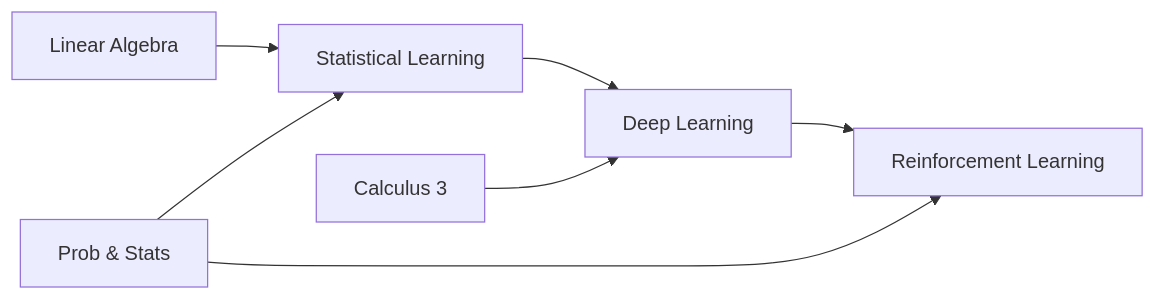
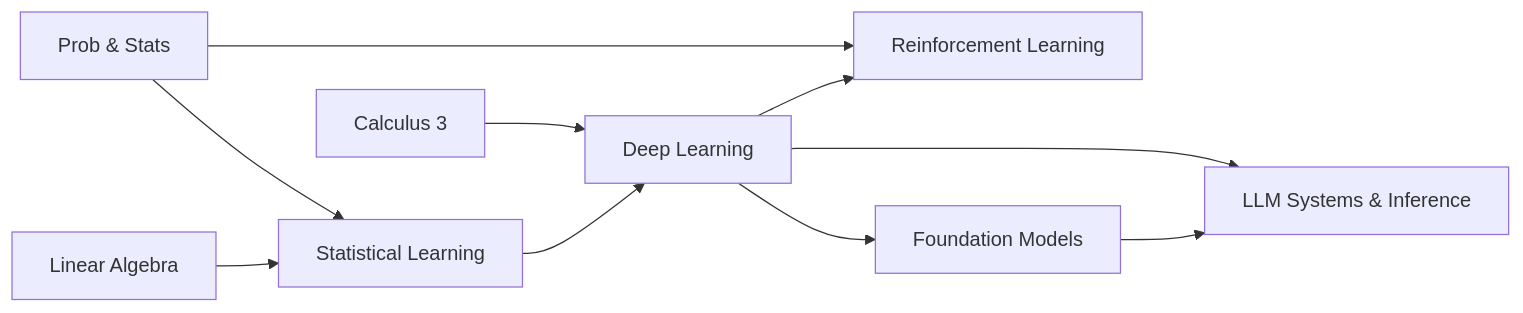
One commit to urmzd/supersource changed the diagram in ml/README.md. Above: the diagram before and after it, drawn with Mermaid. The commit also changed other lines of this file and 19 other files, not shown here.

First line of the commit message:
docs: add data engineering track and LLM systems & inference topic (#4)

````diff
--- a/ml/README.md
+++ b/ml/README.md
@@ -9,9 +9,12 @@
 ```mermaid
 graph LR
     LA[Linear Algebra] --> SL[Statistical Learning]
     PS[Prob & Stats] --> SL
     SL --> DL[Deep Learning]
     C3[Calculus 3] --> DL
     DL --> RL[Reinforcement Learning]
     PS --> RL
+    DL --> FM[Foundation Models]
+    FM --> LLM[LLM Systems & Inference]
+    DL --> LLM
 ```
````
